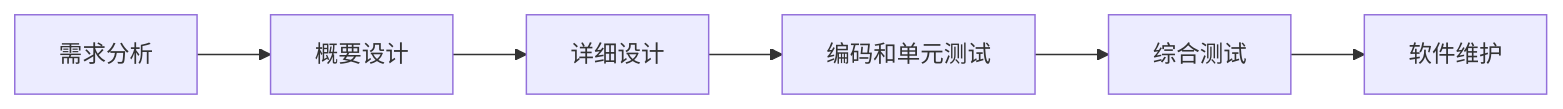
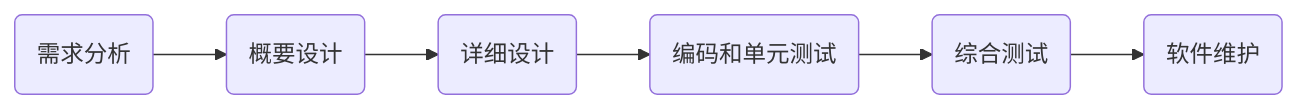
Before and after one commit to hughxusu/lesson-py: the diagram in e-function/2-用户.md, drawn with Mermaid. The commit also changed other lines of this file and 1 other file, not shown here.

````diff
--- a/e-function/2-用户.md
+++ b/e-function/2-用户.md
@@ -7,4 +7,4 @@
 ```mermaid
 graph LR
-    需求分析-->概要设计-->详细设计-->编码和单元测试-->综合测试-->软件维护
+    a(需求分析)-->b(概要设计)-->c(详细设计)-->d(编码和单元测试)-->e(综合测试)-->f(软件维护)
 ```
````
